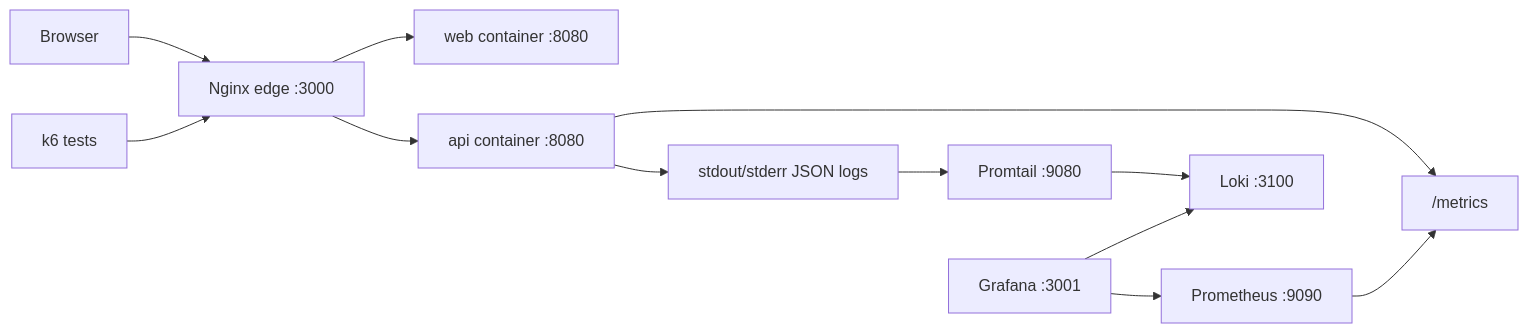
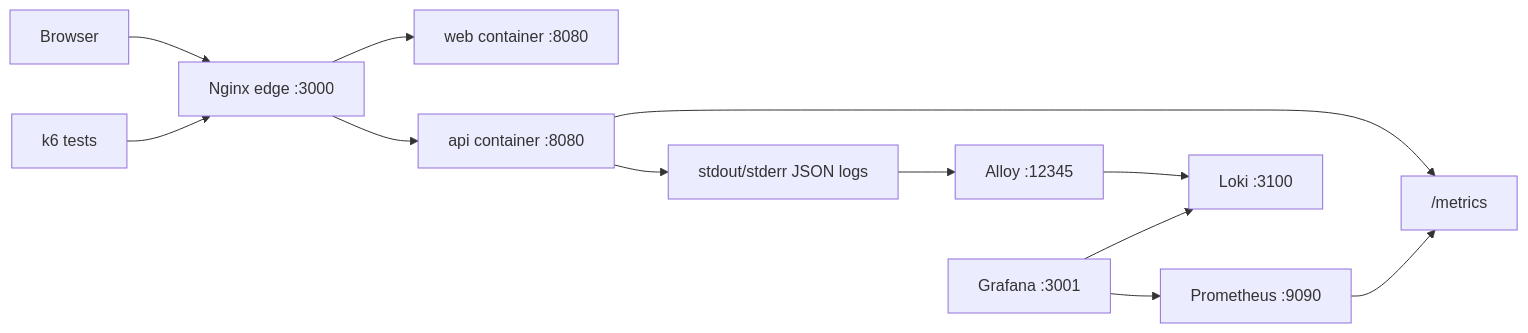
The diagram in docs/architecture.md (itkrivoshei/production-app-infrastructure), drawn with Mermaid before and after one commit. The commit also changed other lines of this file and 85 other files, not shown here.

````diff
--- a/docs/architecture.md
+++ b/docs/architecture.md
@@ -11,19 +11,19 @@
 ```mermaid
 flowchart LR
   Browser["Browser"] --> Nginx["Nginx edge :3000"]
 
   Nginx --> Web["web container :8080"]
   Nginx --> API["api container :8080"]
 
   API --> Metrics["/metrics"]
   API --> Logs["stdout/stderr JSON logs"]
 
   Prometheus["Prometheus :9090"] --> Metrics
-  Logs --> Promtail["Promtail :9080"]
-  Promtail --> Loki["Loki :3100"]
+  Logs --> Alloy["Alloy :12345"]
+  Alloy --> Loki["Loki :3100"]
 
   Grafana["Grafana :3001"] --> Prometheus
   Grafana --> Loki
 
   K6["k6 tests"] --> Nginx
 ```
````
